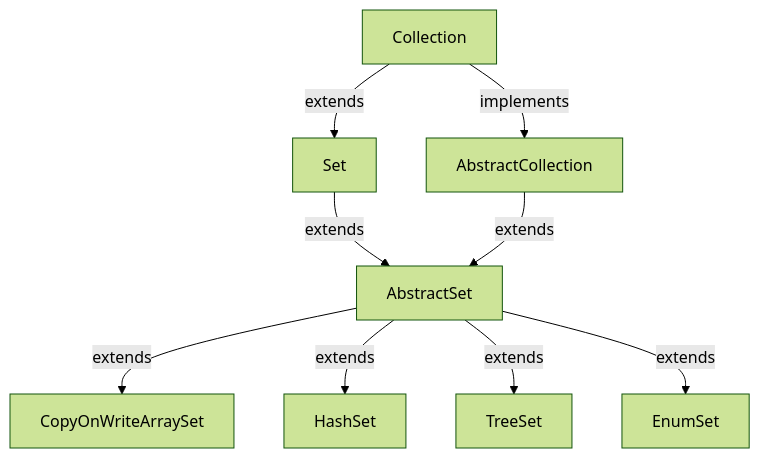
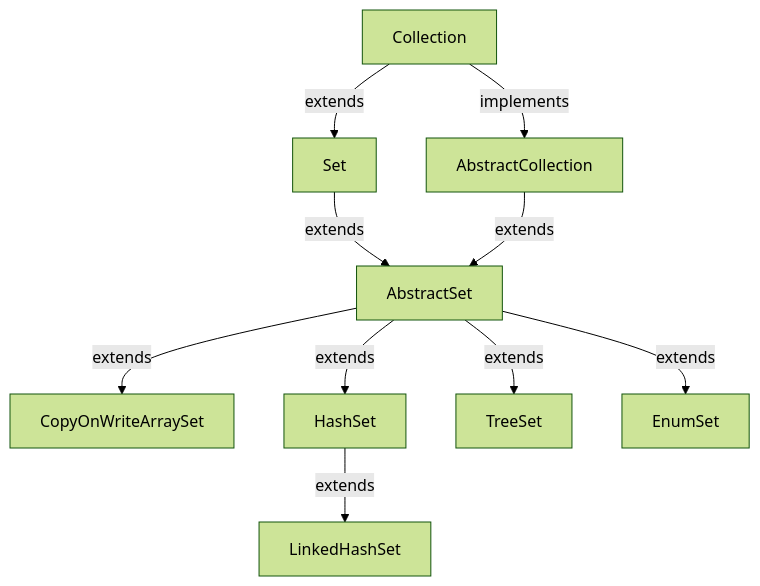
The sixth of 6 diagrams in README.md (AvinandanBose/Java-Collection-Framework-and-Java-Set), drawn with Mermaid (forest theme) before and after one commit. The commit also changed other lines of this file, not shown here.

````diff
--- a/README.md
+++ b/README.md
@@ -1089,13 +1132,14 @@
 ```mermaid  
   
  graph TD;
     Collection-->|extends| Set;
     Collection-->|implements| AbstractCollection;
     Set-->|extends| AbstractSet;
     AbstractCollection-->|extends| AbstractSet;
     AbstractSet-->|extends| CopyOnWriteArraySet;
     AbstractSet-->|extends| HashSet;
+    HashSet-->|extends| LinkedHashSet;
     AbstractSet-->|extends| TreeSet;
     AbstractSet-->|extends| EnumSet;
   
 ```
````
